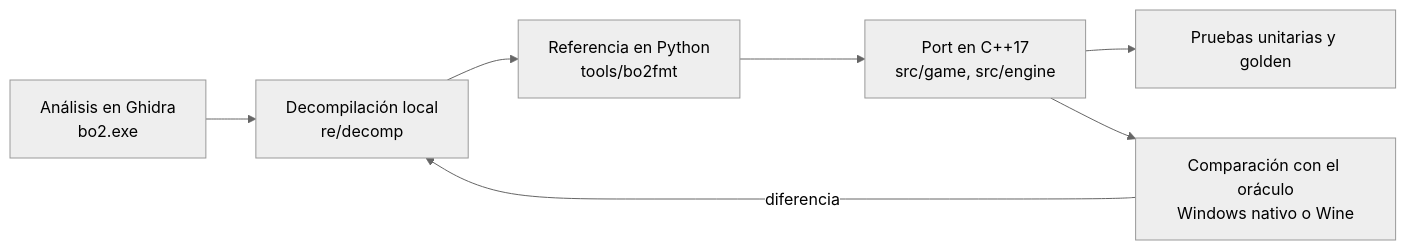
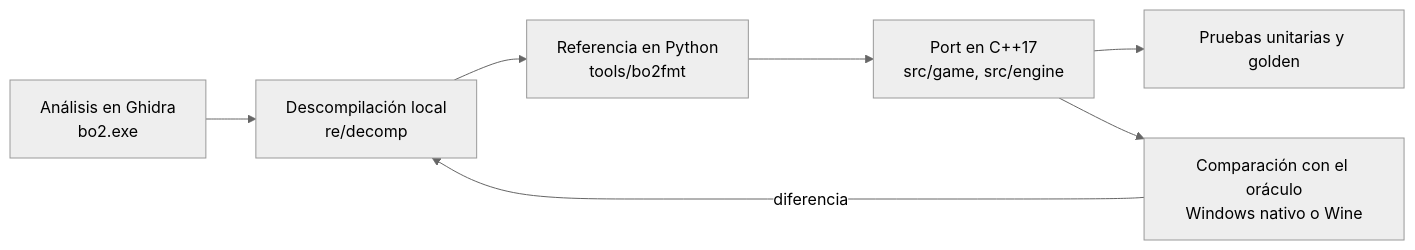
The second of 2 diagrams in README.md (felipesuarez-dev/BloodOmen2NX), drawn with Mermaid (neutral theme) before and after one commit. The commit also changed other lines of this file and 8 other files, not shown here.

````diff
--- a/README.md
+++ b/README.md
@@ -242,9 +243,9 @@
 ```mermaid
 flowchart LR
-    A[Análisis en Ghidra<br/>bo2.exe] --> B[Decompilación local<br/>re/decomp]
+    A[Análisis en Ghidra<br/>bo2.exe] --> B[Descompilación local<br/>re/decomp]
     B --> C[Referencia en Python<br/>tools/bo2fmt]
     C --> D[Port en C++17<br/>src/game, src/engine]
     D --> E[Pruebas unitarias y golden]
     D --> F[Comparación con el oráculo<br/>Windows nativo o Wine]
     F -->|diferencia| B
 ```
````
